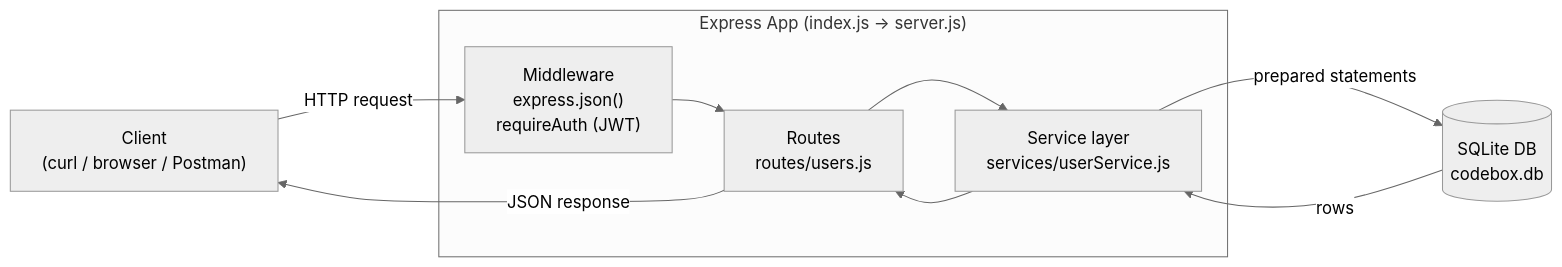
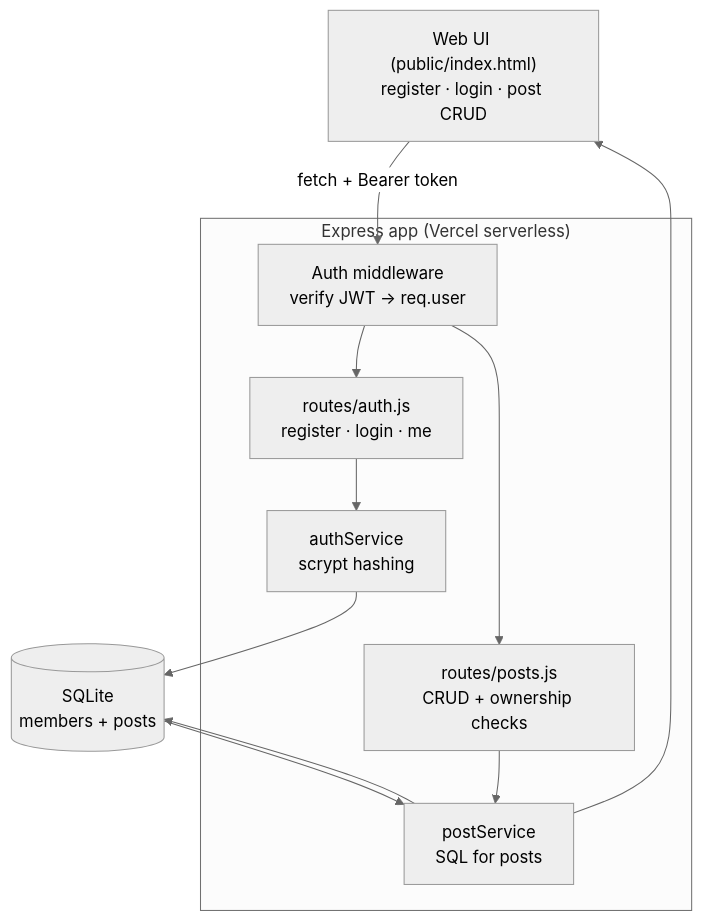
Before and after one commit to NamishM123/codebox-day1: the diagram in README.md, drawn with Mermaid (neutral theme). The commit also changed other lines of this file and 12 other files, not shown here.

First line of the commit message:
Build CodeBox Board: club members' board with auth + CRUD

````diff
--- a/README.md
+++ b/README.md
@@ -17,13 +18,17 @@
 ```mermaid
-flowchart LR
-    Client["Client<br/>(curl / browser / Postman)"]
-    subgraph App["Express App (index.js → server.js)"]
-        MW["Middleware<br/>express.json()<br/>requireAuth (JWT)"]
-        Routes["Routes<br/>routes/users.js"]
-        Service["Service layer<br/>services/userService.js"]
+flowchart TD
+    UI["Web UI (public/index.html)<br/>register · login · post CRUD"]
+    subgraph App["Express app (Vercel serverless)"]
+        MW["Auth middleware<br/>verify JWT → req.user"]
+        Auth["routes/auth.js<br/>register · login · me"]
+        Posts["routes/posts.js<br/>CRUD + ownership checks"]
+        ASvc["authService<br/>scrypt hashing"]
+        PSvc["postService<br/>SQL for posts"]
     end
-    DB[("SQLite DB<br/>codebox.db")]
+    DB[("SQLite<br/>members + posts")]
 
-    Client -->|HTTP request| MW --> Routes --> Service -->|prepared statements| DB
-    DB -->|rows| Service --> Routes -->|JSON response| Client
+    UI -->|"fetch + Bearer token"| MW
+    MW --> Auth --> ASvc --> DB
+    MW --> Posts --> PSvc --> DB
+    DB --> PSvc --> UI
 ```
````
